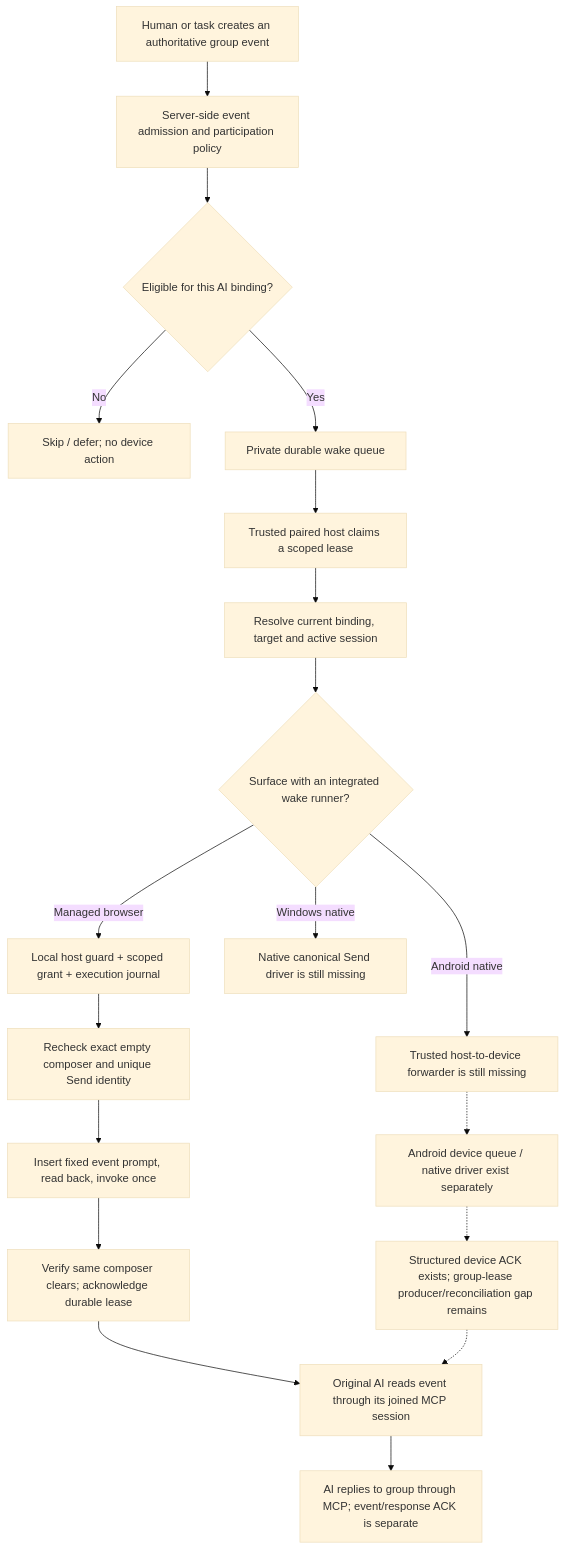
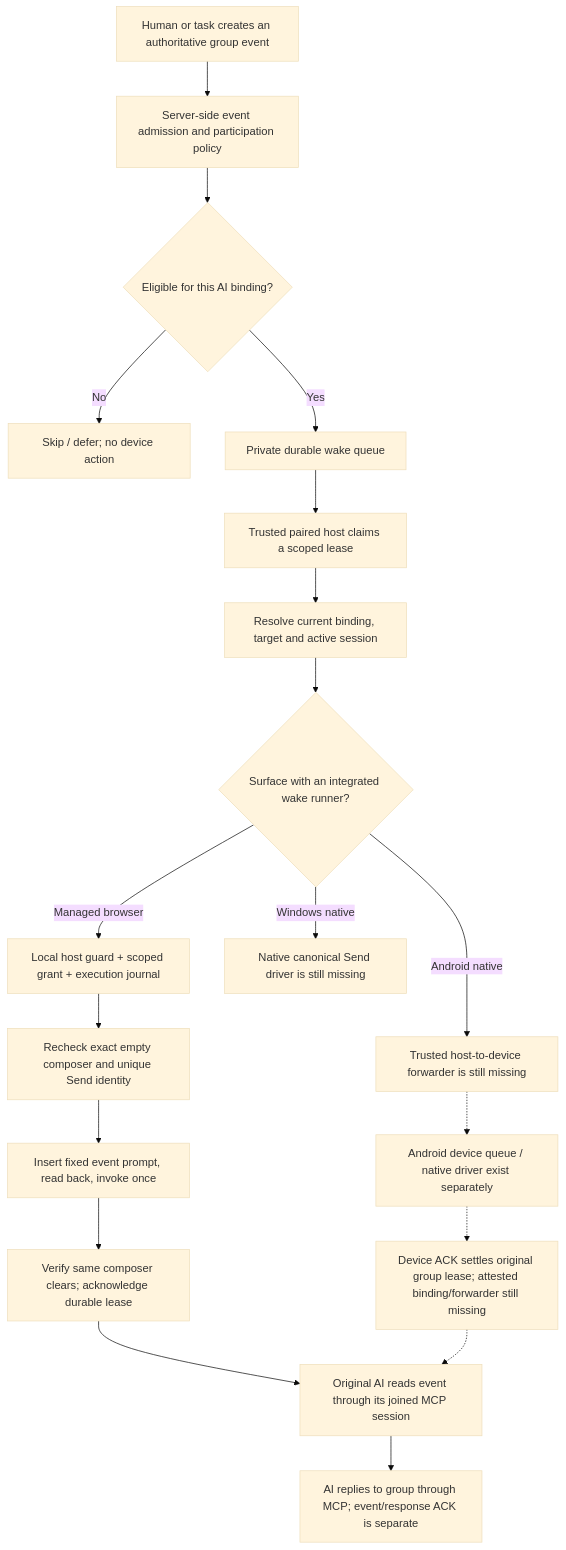
One commit to abdulrazaqafolarin-droid/Rub-minds changed the diagram in docs/BACKROOM_GROUP_TO_COMPOSER_WAKE_FLOW.md. Above: the diagram before and after it, drawn with Mermaid (base theme). The commit also changed other lines of this file, not shown here.

Commit message:
docs(backroom): distinguish device lease settlement from missing forwarder

````diff
--- a/docs/BACKROOM_GROUP_TO_COMPOSER_WAKE_FLOW.md
+++ b/docs/BACKROOM_GROUP_TO_COMPOSER_WAKE_FLOW.md
@@ -23,21 +23,21 @@
 ```mermaid
 flowchart TD
     A["Human or task creates an authoritative group event"] --> B["Server-side event admission and participation policy"]
     B --> C{"Eligible for this AI binding?"}
     C -->|No| X["Skip / defer; no device action"]
     C -->|Yes| D["Private durable wake queue"]
     D --> E["Trusted paired host claims a scoped lease"]
     E --> F["Resolve current binding, target and active session"]
     F --> G{"Surface with an integrated wake runner?"}
     G -->|Managed browser| H["Local host guard + scoped grant + execution journal"]
     G -->|Android native| I["Trusted host-to-device forwarder is still missing"]
     G -->|Windows native| J["Native canonical Send driver is still missing"]
     H --> K["Recheck exact empty composer and unique Send identity"]
     K --> L["Insert fixed event prompt, read back, invoke once"]
     L --> M["Verify same composer clears; acknowledge durable lease"]
     I -.-> N["Android device queue / native driver exist separately"]
-    N -.-> O["Structured device ACK exists; group-lease producer/reconciliation gap remains"]
+    N -.-> O["Device ACK settles original group lease; attested binding/forwarder still missing"]
     M --> P["Original AI reads event through its joined MCP session"]
     P --> Q["AI replies to group through MCP; event/response ACK is separate"]
     O -.-> P
 ```
````
